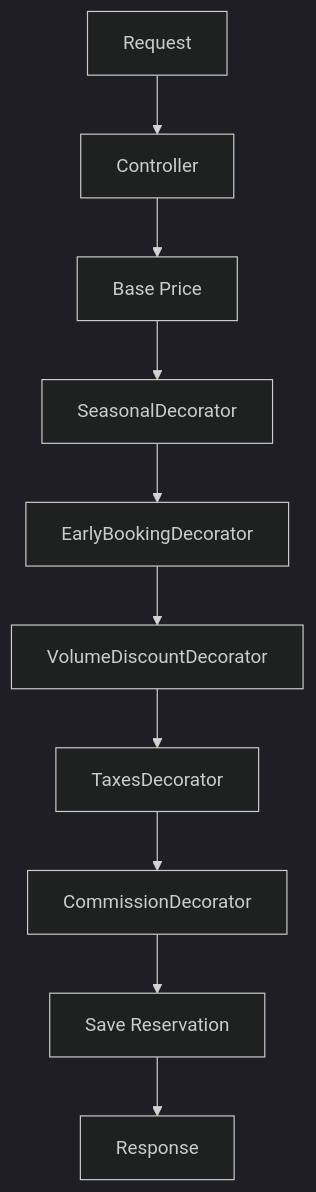
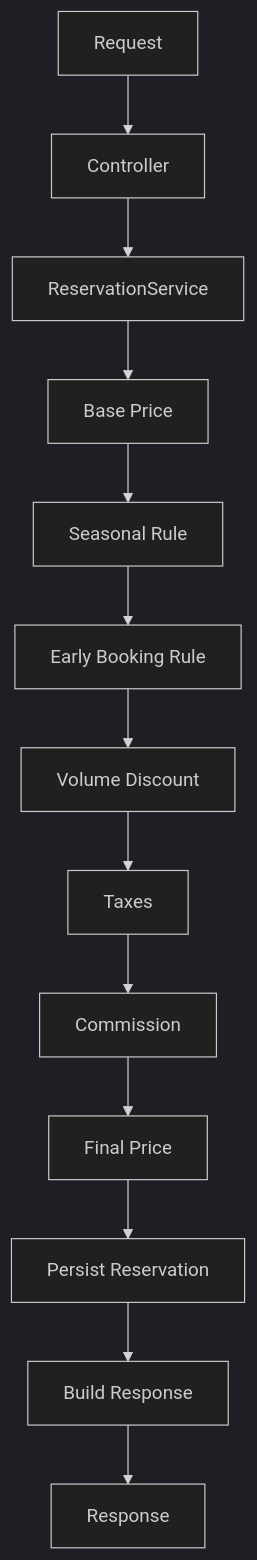
Before and after one commit to MMoza/reservations: the fifth of 5 diagrams in README.md, drawn with Mermaid (dark theme).

Commit message:
upgrade flowchart A04

````diff
--- a/README.md
+++ b/README.md
@@ -493,17 +493,21 @@
 ```mermaid
 flowchart TD
 
     A[Request] --> C[Controller]
 
-    C --> B[Base Price]
+    C --> S[ReservationService]
+    S --> B[Base Price]
 
-    B --> D1[SeasonalDecorator]
-    D1 --> D2[EarlyBookingDecorator]
-    D2 --> D3[VolumeDiscountDecorator]
-    D3 --> D4[TaxesDecorator]
-    D4 --> D5[CommissionDecorator]
+    B --> D1[Seasonal Rule]
+    D1 --> D2[Early Booking Rule]
+    D2 --> D3[Volume Discount]
+    D3 --> D4[Taxes]
+    D4 --> D5[Commission]
 
-    D5 --> SAVE[Save Reservation]
+    D5 --> TOTAL[Final Price]
 
-    SAVE --> R[Response]
+    TOTAL --> SAVE[Persist Reservation]
+    SAVE --> F[Build Response]
+
+    F --> R[Response]
 ```
````
